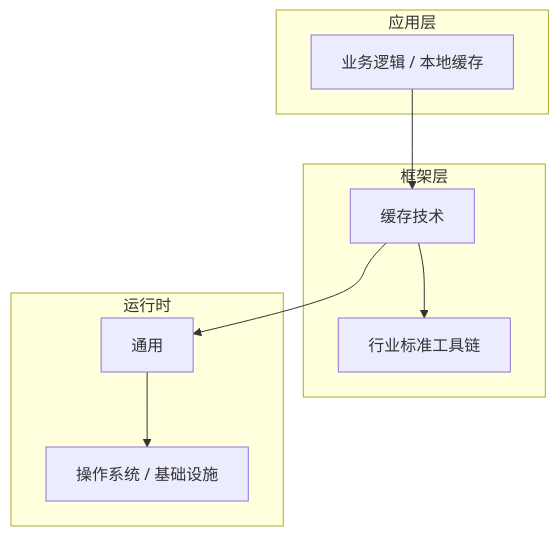
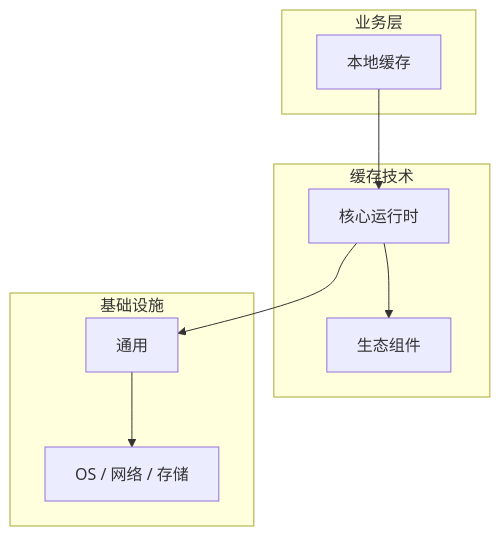
The diagram in articles/缓存技术/chapters/036-本地缓存核心概念与原理.md (yanggan2015/knowledge-json-v2), drawn with Mermaid before and after one commit. The commit also changed other lines of this file and 10127 other files, not shown here.

````diff
--- a/articles/缓存技术/chapters/036-本地缓存核心概念与原理.md
+++ b/articles/缓存技术/chapters/036-本地缓存核心概念与原理.md
@@ -45,18 +34,18 @@
 ```mermaid
 graph TB
-    subgraph 应用层
-        A[业务逻辑 / 本地缓存]
+    subgraph 业务层
+        A[本地缓存]
     end
-    subgraph 框架层
-        B[缓存技术]
-        C[行业标准工具链]
+    subgraph 缓存技术
+        B[核心运行时]
+        C[生态组件]
     end
-    subgraph 运行时
+    subgraph 基础设施
         D[通用]
-        E[操作系统 / 基础设施]
+        E[OS / 网络 / 存储]
     end
     A --> B
     B --> C
     B --> D
     D --> E
 ```
````
